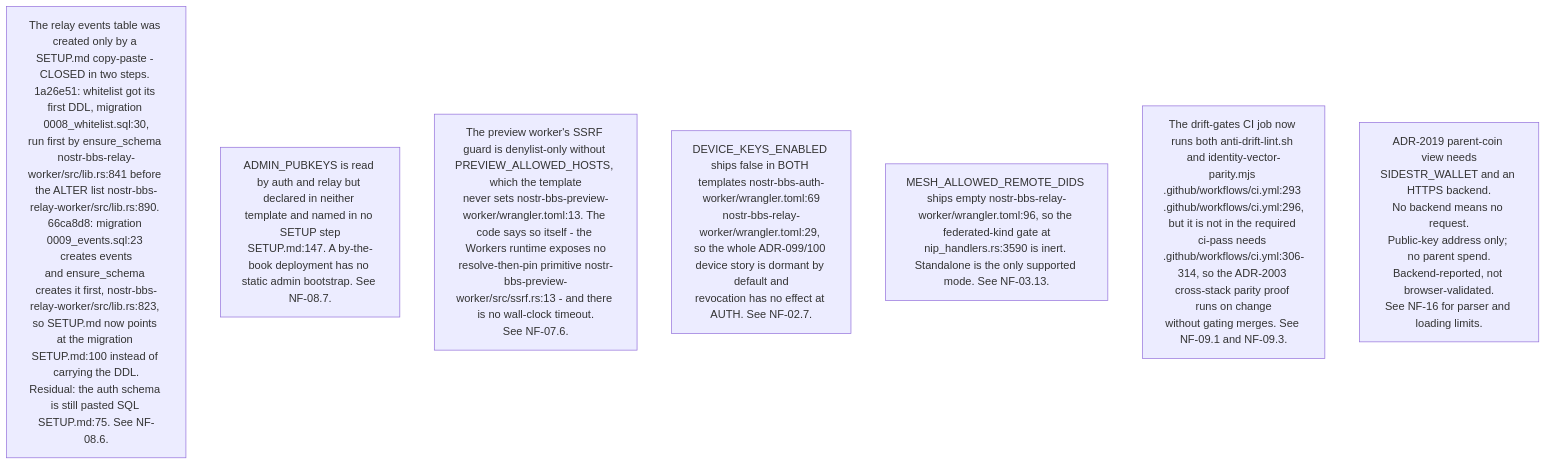
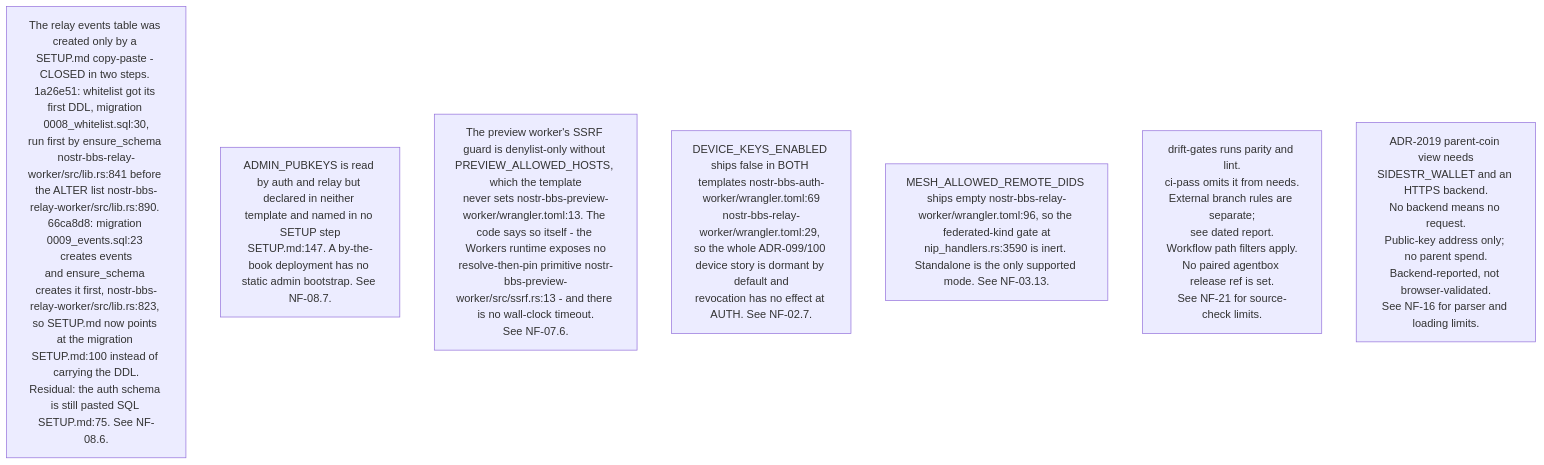
The sixth of 10 diagrams in docs/diagrams/nostr-rust-forum/10-invariants-and-anomaly-register.md (DreamLab-AI/VisionFlow), drawn with Mermaid before and after one commit. The commit also changed other lines of this file and 60 other files, not shown here.

Commit message:
docs(audit): assess subkey parity and identity lifecycle contracts

````diff
--- a/docs/diagrams/nostr-rust-forum/10-invariants-and-anomaly-register.md
+++ b/docs/diagrams/nostr-rust-forum/10-invariants-and-anomaly-register.md
@@ -145,14 +148,19 @@
 ```mermaid
 flowchart TB
     S1["The relay events table was created only by a SETUP.md copy-paste - CLOSED in two steps. 1a26e51: whitelist got its first DDL, migration 0008_whitelist.sql:30,<br/>run first by ensure_schema nostr-bbs-relay-worker/src/lib.rs:841 before the ALTER list nostr-bbs-relay-worker/src/lib.rs:890. 66ca8d8: migration 0009_events.sql:23 creates events<br/>and ensure_schema creates it first, nostr-bbs-relay-worker/src/lib.rs:823, so SETUP.md now points at the migration SETUP.md:100 instead of carrying the DDL.<br/>Residual: the auth schema is still pasted SQL SETUP.md:75. See NF-08.6."]
     S2["ADMIN_PUBKEYS is read by auth and relay but declared in neither template and named in no SETUP step<br/>SETUP.md:147. A by-the-book deployment has no static admin bootstrap. See NF-08.7."]
     S3["The preview worker's SSRF guard is denylist-only without PREVIEW_ALLOWED_HOSTS, which the template<br/>never sets nostr-bbs-preview-worker/wrangler.toml:13. The code says so itself - the Workers runtime exposes no<br/>resolve-then-pin primitive nostr-bbs-preview-worker/src/ssrf.rs:13 - and there is no wall-clock timeout.<br/>See NF-07.6."]
     S4["DEVICE_KEYS_ENABLED ships false in BOTH templates nostr-bbs-auth-worker/wrangler.toml:69<br/>nostr-bbs-relay-worker/wrangler.toml:29, so the whole ADR-099/100 device story is dormant by default and<br/>revocation has no effect at AUTH. See NF-02.7."]
     S5["MESH_ALLOWED_REMOTE_DIDS ships empty nostr-bbs-relay-worker/wrangler.toml:96, so the federated-kind gate at<br/>nip_handlers.rs:3590 is inert. Standalone is the only supported mode. See NF-03.13."]
-    S6["The drift-gates CI job now runs both anti-drift-lint.sh and identity-vector-parity.mjs .github/workflows/ci.yml:293 .github/workflows/ci.yml:296,<br/>but it is not in the required ci-pass needs .github/workflows/ci.yml:306-314, so the ADR-2003 cross-stack parity proof runs on change<br/>without gating merges. See NF-09.1 and NF-09.3."]
+    %% Source: ../nostr-rust-forum/.github/workflows/ci.yml:293
+    %% Source: ../nostr-rust-forum/.github/workflows/ci.yml:296
+    %% Source: ../nostr-rust-forum/.github/workflows/ci.yml:306
+    %% Source: ../nostr-rust-forum/.github/workflows/ci.yml:20
+    %% Source: ../nostr-rust-forum/.github/workflows/ci.yml:283
+    S6["drift-gates runs parity and lint.<br/>ci-pass omits it from needs.<br/>External branch rules are separate;<br/>see dated report.<br/>Workflow path filters apply.<br/>No paired agentbox release ref is set.<br/>See NF-21 for source-check limits."]
     %% Source: ../nostr-rust-forum/crates/nostr-bbs-forum-client/src/wallet/mod.rs:268
     %% Source: ../nostr-rust-forum/crates/nostr-bbs-forum-client/src/wallet/parent.rs:50
     %% Source: ../nostr-rust-forum/crates/nostr-bbs-forum-client/src/wallet/parent.rs:56
     %% Source: ../nostr-rust-forum/crates/nostr-bbs-forum-client/src/wallet/parent.rs:63
     S7["ADR-2019 parent-coin view needs<br/>SIDESTR_WALLET and an HTTPS backend.<br/>No backend means no request.<br/>Public-key address only; no parent spend.<br/>Backend-reported, not browser-validated.<br/>See NF-16 for parser and loading limits."]
 ```
````
